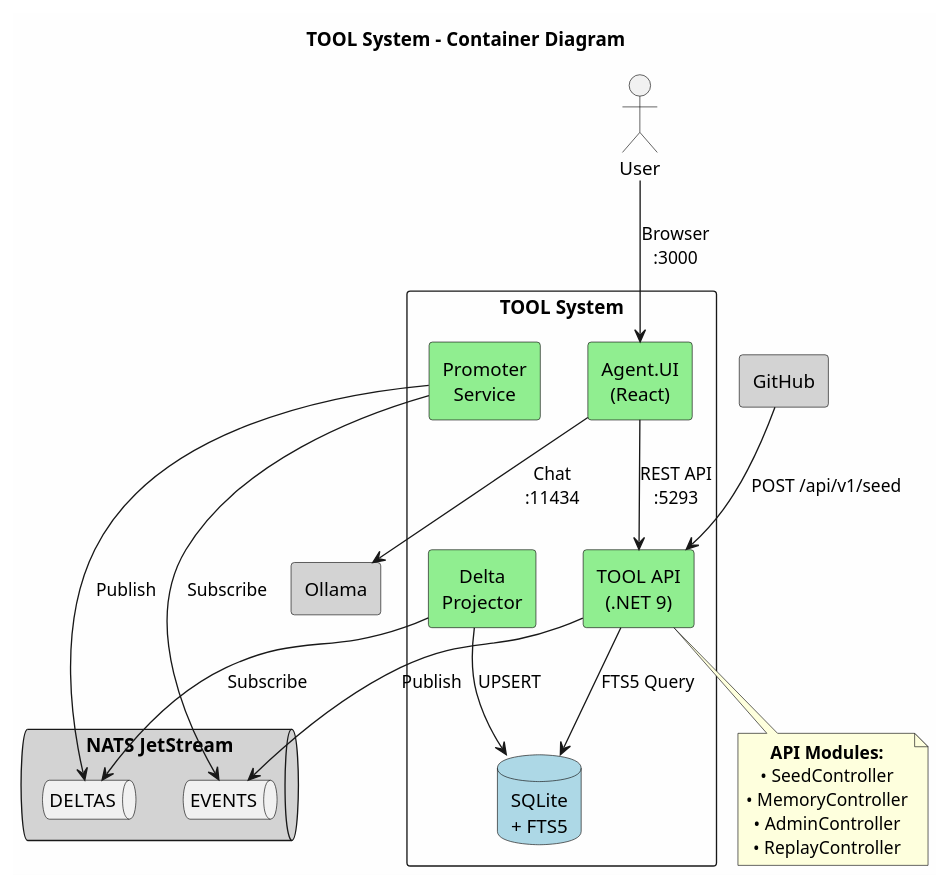
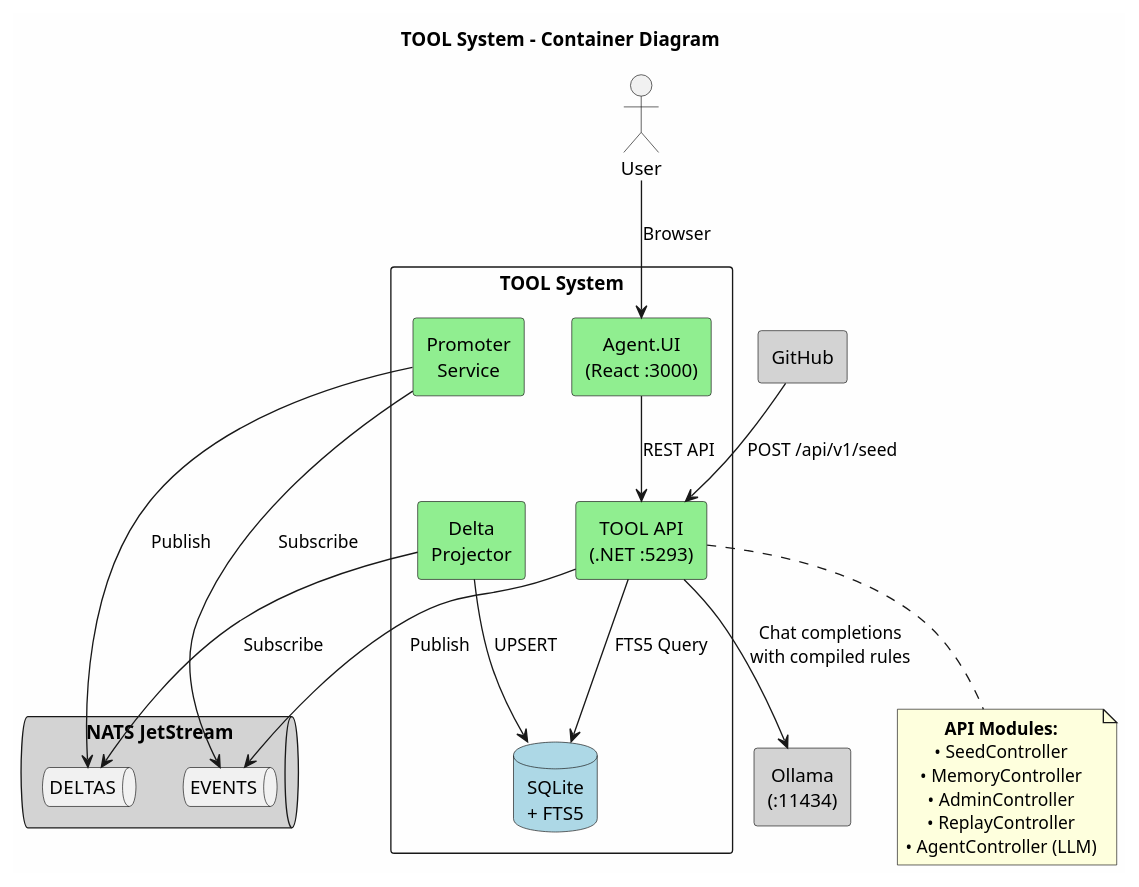
Before and after one commit to ravvnen/TOOL: the diagram in diagrams/c4_container_simple.puml, drawn with PlantUML. The commit also changed 3 other files, not shown here.

First line of the commit message:
Fix diagrams: TOOL API calls Ollama, not frontend directly

```diff
--- a/diagrams/c4_container_simple.puml
+++ b/diagrams/c4_container_simple.puml
@@ -1,51 +1,54 @@
 @startuml C4_Container_Simple
 title TOOL System - Container Diagram
 
 skinparam backgroundColor #FEFEFE
 skinparam defaultTextAlignment center
 
 actor "User" as user
 
 rectangle "TOOL System" {
-    rectangle "Agent.UI\n(React)" as ui #LightGreen
-    rectangle "TOOL API\n(.NET 9)" as api #LightGreen
+    rectangle "Agent.UI\n(React :3000)" as ui #LightGreen
+    rectangle "TOOL API\n(.NET :5293)" as api #LightGreen
     rectangle "Promoter\nService" as promoter #LightGreen
     rectangle "Delta\nProjector" as projector #LightGreen
     database "SQLite\n+ FTS5" as db #LightBlue
 }
 
 queue "NATS JetStream" as nats #LightGray {
     queue "EVENTS" as events
     queue "DELTAS" as deltas
 }
 
 rectangle "GitHub" as github #LightGray
-rectangle "Ollama" as ollama #LightGray
+rectangle "Ollama\n(:11434)" as ollama #LightGray
 
 ' User flow
-user --> ui : Browser\n:3000
-ui --> api : REST API\n:5293
-ui --> ollama : Chat\n:11434
+user --> ui : Browser
+ui --> api : REST API
+
+' LLM flow (API calls Ollama)
+api --> ollama : Chat completions\nwith compiled rules
 
 ' GitHub webhook
 github --> api : POST /api/v1/seed
 
 ' Event flow
 api --> events : Publish
 promoter --> events : Subscribe
 promoter --> deltas : Publish
 projector --> deltas : Subscribe
 projector --> db : UPSERT
 
 ' Query flow
 api --> db : FTS5 Query
 
 note bottom of api
   **API Modules:**
   • SeedController
   • MemoryController
   • AdminController
   • ReplayController
+  • AgentController (LLM)
 end note
 
 @enduml
```
